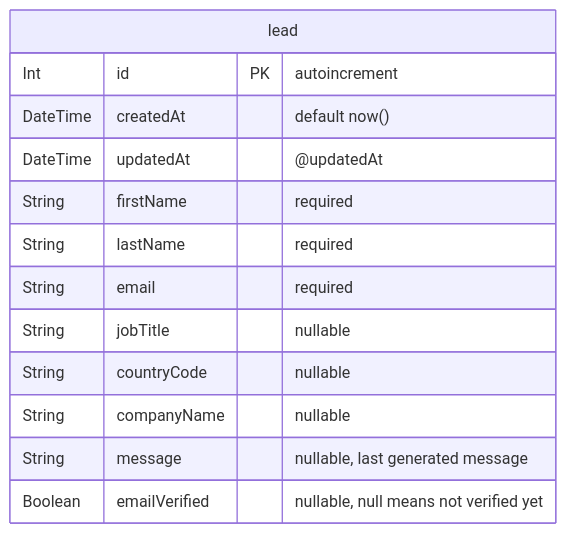
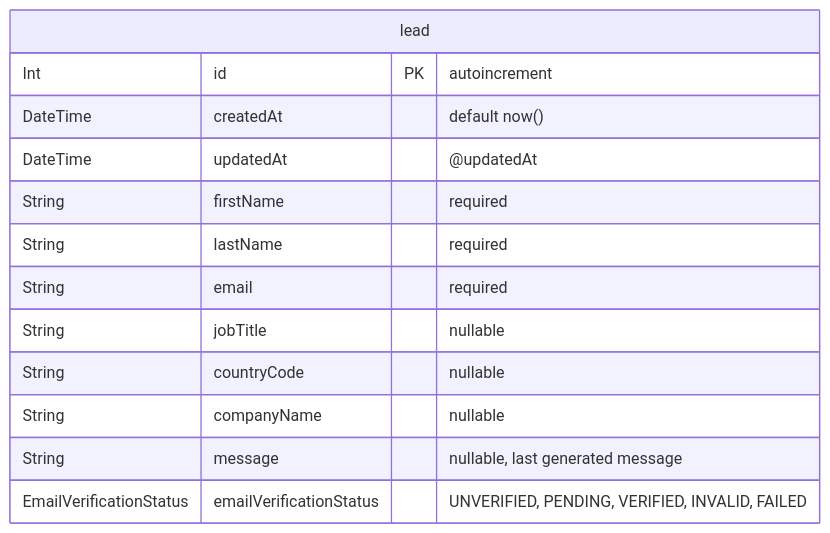
Before and after one commit to Genesy-AI/technical-task-sergi-cortes: the second of 3 diagrams in design/architecture/02-backend.md, drawn with Mermaid. The commit also changed other lines of this file and 7 other files, not shown here.

First line of the commit message:
docs: document background email verification

````diff
--- a/design/architecture/02-backend.md
+++ b/design/architecture/02-backend.md
@@ -47,16 +47,16 @@
 ```mermaid
 erDiagram
     lead {
         Int id PK "autoincrement"
         DateTime createdAt "default now()"
         DateTime updatedAt "@updatedAt"
         String firstName "required"
         String lastName "required"
         String email "required"
         String jobTitle "nullable"
         String countryCode "nullable"
         String companyName "nullable"
         String message "nullable, last generated message"
-        Boolean emailVerified "nullable, null means not verified yet"
+        EmailVerificationStatus emailVerificationStatus "UNVERIFIED, PENDING, VERIFIED, INVALID, FAILED"
     }
 ```
````
